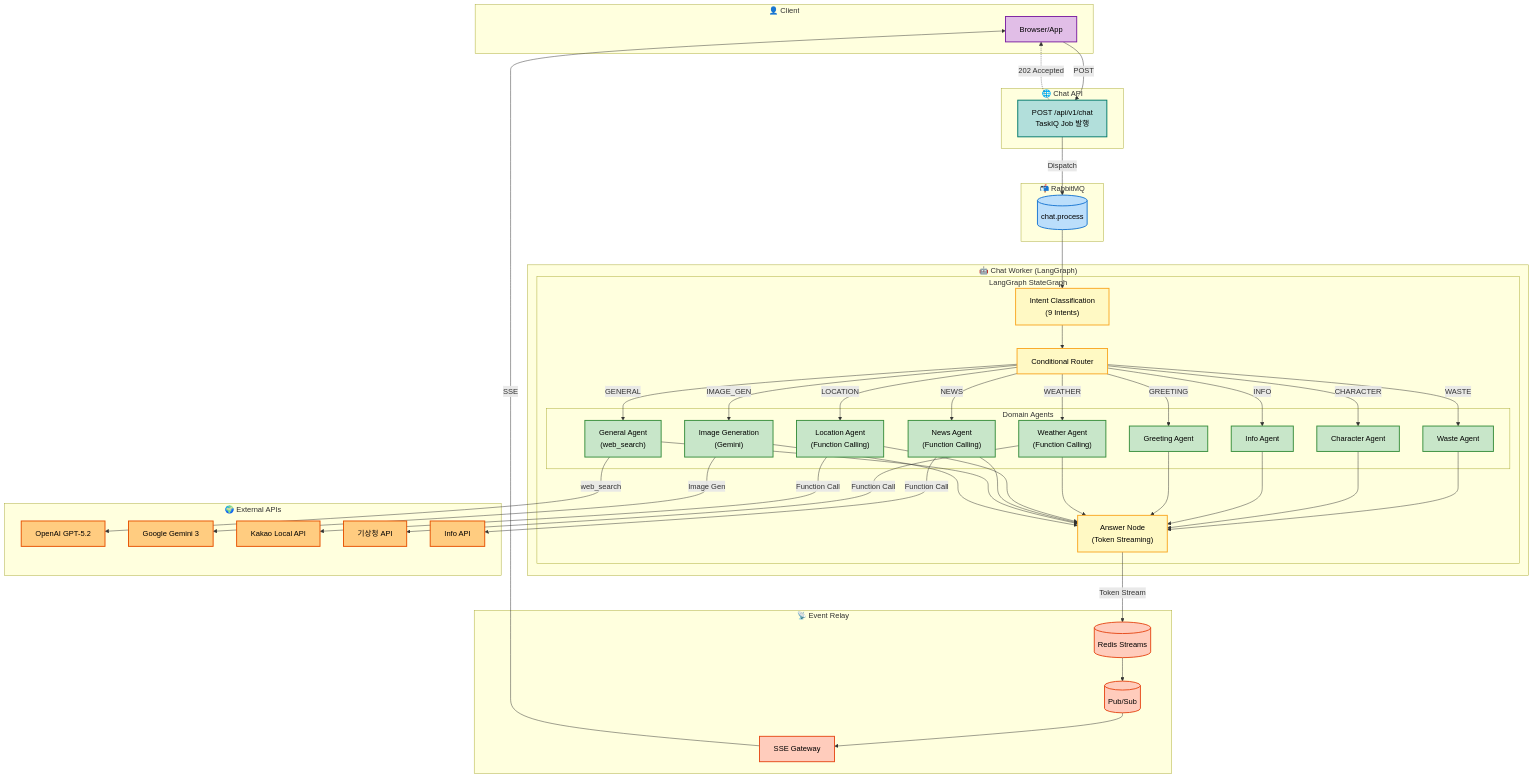
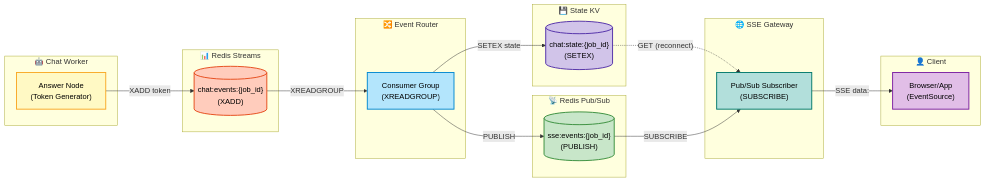
Before and after one commit to SeSACTHON/backend: the second of 6 diagrams in README.md, drawn with Mermaid. The commit also changed other lines of this file, not shown here.

Commit message:
docs: Chat Agent Architecture - LangGraph 노드와 Event Bus 분리
- LangGraph StateGraph: draw_mermaid() 스타일로 노드 흐름 시각화
- Event Bus: Token Streaming Pipeline 분리 (Redis Streams → Pub/Sub → SSE)

````diff
--- a/README.md
+++ b/README.md
@@ -132,95 +190,54 @@
 ```mermaid
-flowchart TB
-    subgraph Client["👤 Client"]
-        CL["Browser/App"]
+flowchart LR
+    subgraph Worker["🤖 Chat Worker"]
+        AN["Answer Node<br/>(Token Generator)"]
     end
 
-    subgraph API["🌐 Chat API"]
-        CA["POST /api/v1/chat<br/>TaskIQ Job 발행"]
+    subgraph Streams["📊 Redis Streams"]
+        RS[("chat:events:{job_id}<br/>(XADD)")]
     end
 
-    subgraph MQ["📬 RabbitMQ"]
-        CQ[("chat.process")]
+    subgraph Router["🔀 Event Router"]
+        ER["Consumer Group<br/>(XREADGROUP)"]
     end
 
-    subgraph Worker["🤖 Chat Worker (LangGraph)"]
-        subgraph Graph["LangGraph StateGraph"]
-            IC["Intent Classification<br/>(9 Intents)"]
-            Router["Conditional Router"]
-
-            subgraph Agents["Domain Agents"]
-                WA["Waste Agent"]
-                CHA["Character Agent"]
-                WEA["Weather Agent<br/>(Function Calling)"]
-                LA["Location Agent<br/>(Function Calling)"]
-                IA["Info Agent"]
-                NA["News Agent<br/>(Function Calling)"]
-                IGA["Image Generation<br/>(Gemini)"]
-                GA["General Agent<br/>(web_search)"]
-                GRA["Greeting Agent"]
-            end
-
-            AN["Answer Node<br/>(Token Streaming)"]
-        end
+    subgraph State["💾 State KV"]
+        SK[("chat:state:{job_id}<br/>(SETEX)")]
     end
 
-    subgraph External["🌍 External APIs"]
-        OAI["OpenAI GPT-5.2"]
-        GEM["Google Gemini 3"]
-        KAK["Kakao Local API"]
-        KMA["기상청 API"]
-        INFO["Info API"]
+    subgraph PubSub["📡 Redis Pub/Sub"]
+        PS[("sse:events:{job_id}<br/>(PUBLISH)")]
     end
 
-    subgraph Relay["📡 Event Relay"]
-        RS[("Redis Streams")]
-        PS[("Pub/Sub")]
-        SSE["SSE Gateway"]
+    subgraph Gateway["🌐 SSE Gateway"]
+        SG["Pub/Sub Subscriber<br/>(SUBSCRIBE)"]
     end
 
-    CL -->|POST| CA
-    CA -->|Dispatch| CQ
-    CA -.->|202 Accepted| CL
+    subgraph Client["👤 Client"]
+        CL["Browser/App<br/>(EventSource)"]
+    end
 
-    CQ --> IC
-    IC --> Router
-    Router -->|WASTE| WA
-    Router -->|CHARACTER| CHA
-    Router -->|WEATHER| WEA
-    Router -->|LOCATION| LA
-    Router -->|INFO| IA
-    Router -->|NEWS| NA
-    Router -->|IMAGE_GEN| IGA
-    Router -->|GENERAL| GA
-    Router -->|GREETING| GRA
+    AN -->|"XADD token"| RS
+    RS -->|"XREADGROUP"| ER
+    ER -->|"SETEX state"| SK
+    ER -->|"PUBLISH"| PS
+    SK -.->|"GET (reconnect)"| SG
+    PS -->|"SUBSCRIBE"| SG
+    SG -->|"SSE data:"| CL
 
-    WA & CHA & IA & GRA --> AN
-    WEA -->|Function Call| KMA
-    LA -->|Function Call| KAK
-    NA -->|Function Call| INFO
-    GA -->|web_search| OAI
-    IGA -->|Image Gen| GEM
+    classDef worker fill:#fff9c4,stroke:#f9a825,stroke-width:2px,color:#000
+    classDef streams fill:#ffccbc,stroke:#e64a19,stroke-width:2px,color:#000
+    classDef router fill:#b3e5fc,stroke:#0288d1,stroke-width:2px,color:#000
+    classDef state fill:#d1c4e9,stroke:#512da8,stroke-width:2px,color:#000
+    classDef pubsub fill:#c8e6c9,stroke:#388e3c,stroke-width:2px,color:#000
+    classDef gateway fill:#b2dfdb,stroke:#00796b,stroke-width:2px,color:#000
+    classDef client fill:#e1bee7,stroke:#7b1fa2,stroke-width:2px,color:#000
 
-    WEA & LA & NA & GA & IGA --> AN
-
-    AN -->|Token Stream| RS
-    RS --> PS
-    PS --> SSE
-    SSE -->|SSE| CL
-
-    classDef client fill:#e1bee7,stroke:#7b1fa2,stroke-width:2px,color:#000
-    classDef api fill:#b2dfdb,stroke:#00796b,stroke-width:2px,color:#000
-    classDef mq fill:#bbdefb,stroke:#1976d2,stroke-width:2px,color:#000
-    classDef worker fill:#fff9c4,stroke:#f9a825,stroke-width:2px,color:#000
-    classDef agent fill:#c8e6c9,stroke:#388e3c,stroke-width:2px,color:#000
-    classDef external fill:#ffcc80,stroke:#e65100,stroke-width:2px,color:#000
-    classDef relay fill:#ffccbc,stroke:#e64a19,stroke-width:2px,color:#000
-
+    class AN worker
+    class RS streams
+    class ER router
+    class SK state
+    class PS pubsub
+    class SG gateway
     class CL client
-    class CA api
-    class CQ mq
-    class IC,Router,AN worker
-    class WA,CHA,WEA,LA,IA,NA,IGA,GA,GRA agent
-    class OAI,GEM,KAK,KMA,INFO external
-    class RS,PS,SSE relay
 ```
````
